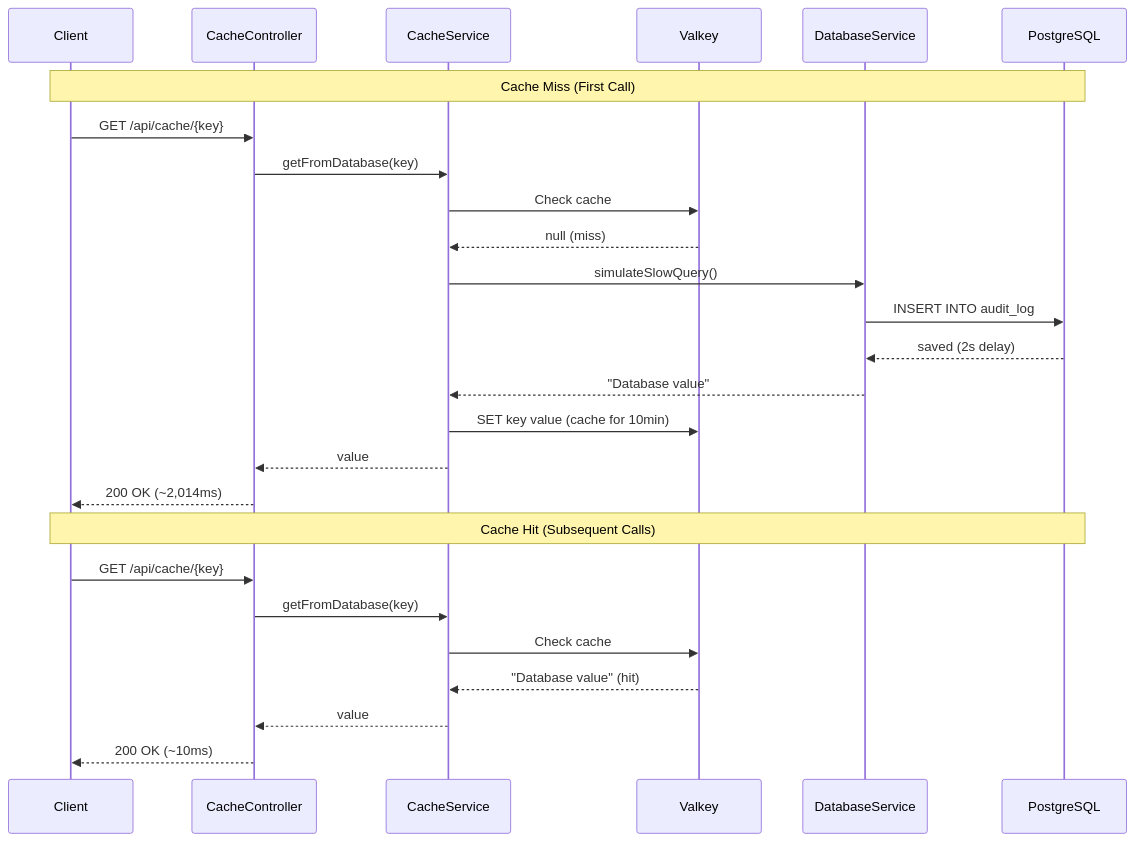
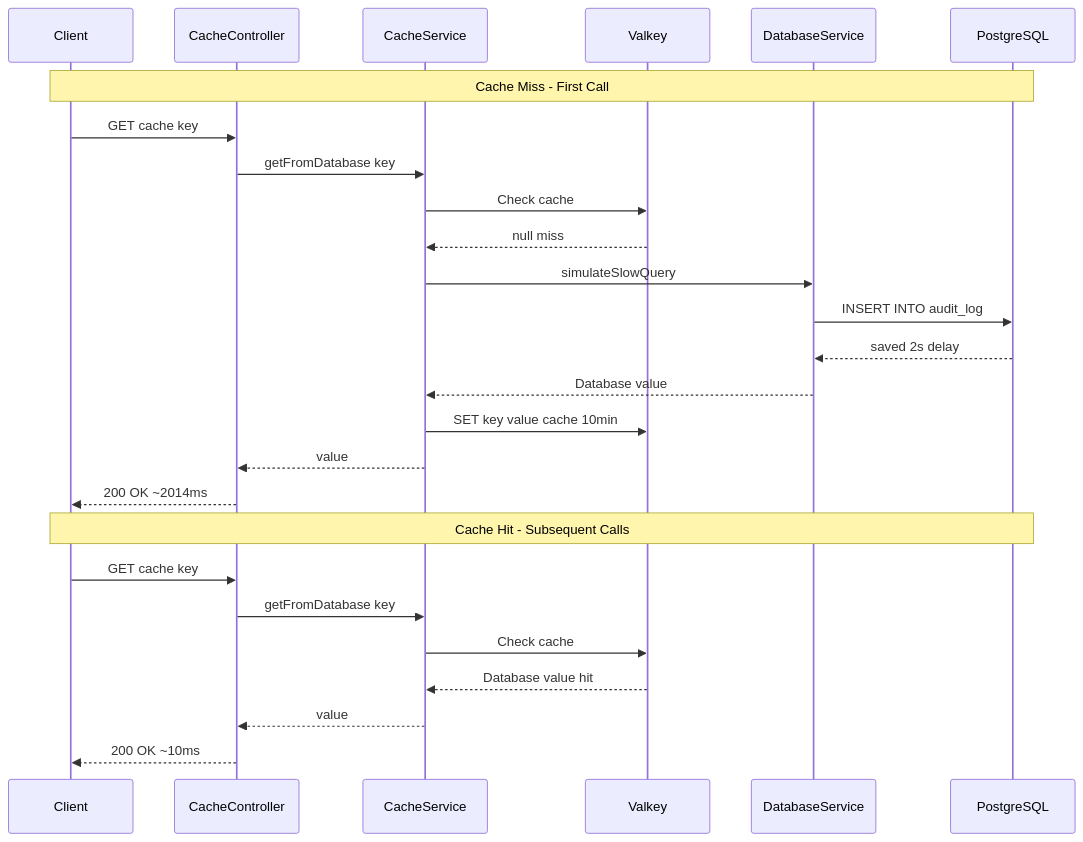
The second of 15 diagrams in README.md (sawmikcuet19/valkey-springboot), drawn with Mermaid before and after one commit. The commit also changed other lines of this file, not shown here.

Commit message:
fix: sequence diagram and cache flowchart - remove curly braces and @ symbols

````diff
--- a/README.md
+++ b/README.md
@@ -319,30 +319,30 @@
 ```mermaid
 sequenceDiagram
     participant Client
     participant CacheController
     participant CacheService
     participant Valkey
     participant DatabaseService
     participant PostgreSQL
 
-    Note over Client,PostgreSQL: Cache Miss (First Call)
-    Client->>CacheController: GET /api/cache/{key}
-    CacheController->>CacheService: getFromDatabase(key)
+    Note over Client,PostgreSQL: Cache Miss - First Call
+    Client->>CacheController: GET cache key
+    CacheController->>CacheService: getFromDatabase key
     CacheService->>Valkey: Check cache
-    Valkey-->>CacheService: null (miss)
-    CacheService->>DatabaseService: simulateSlowQuery()
+    Valkey-->>CacheService: null miss
+    CacheService->>DatabaseService: simulateSlowQuery
     DatabaseService->>PostgreSQL: INSERT INTO audit_log
-    PostgreSQL-->>DatabaseService: saved (2s delay)
-    DatabaseService-->>CacheService: "Database value"
-    CacheService->>Valkey: SET key value (cache for 10min)
+    PostgreSQL-->>DatabaseService: saved 2s delay
+    DatabaseService-->>CacheService: Database value
+    CacheService->>Valkey: SET key value cache 10min
     CacheService-->>CacheController: value
-    CacheController-->>Client: 200 OK (~2,014ms)
+    CacheController-->>Client: 200 OK ~2014ms
 
-    Note over Client,PostgreSQL: Cache Hit (Subsequent Calls)
-    Client->>CacheController: GET /api/cache/{key}
-    CacheController->>CacheService: getFromDatabase(key)
+    Note over Client,PostgreSQL: Cache Hit - Subsequent Calls
+    Client->>CacheController: GET cache key
+    CacheController->>CacheService: getFromDatabase key
     CacheService->>Valkey: Check cache
-    Valkey-->>CacheService: "Database value" (hit)
+    Valkey-->>CacheService: Database value hit
     CacheService-->>CacheController: value
-    CacheController-->>Client: 200 OK (~10ms)
+    CacheController-->>Client: 200 OK ~10ms
 ```
````
